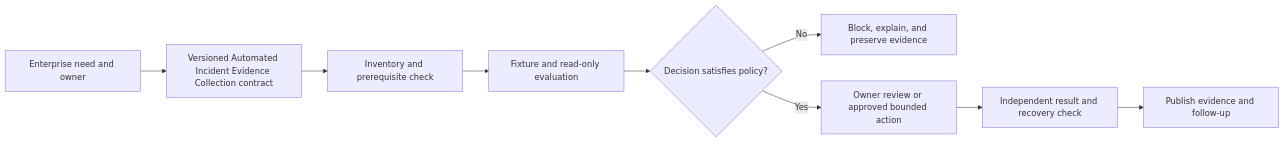
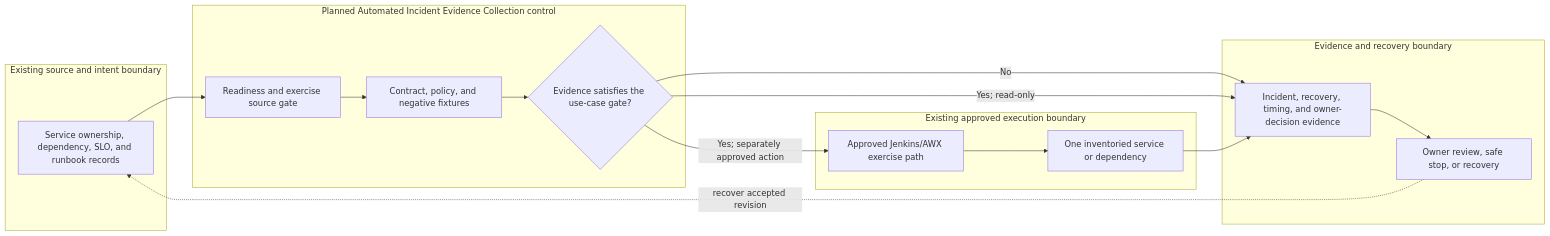
The diagram in docs/use-cases/resilience/UC-RSO-006-automated-incident-evidence-collection.md (MIDHTECH/enterprise-architecture-docs), drawn with Mermaid before and after one commit. The commit also changed other lines of this file and 227 other files, not shown here.

Commit message:
Deepen architecture for all use case designs

````diff
--- a/docs/use-cases/resilience/UC-RSO-006-automated-incident-evidence-collection.md
+++ b/docs/use-cases/resilience/UC-RSO-006-automated-incident-evidence-collection.md
@@ -136,11 +129,25 @@
 ```mermaid
 flowchart LR
-    Need["Enterprise need and owner"] --> Contract["Versioned Automated Incident Evidence Collection contract"]
-    Contract --> Preflight["Inventory and prerequisite check"]
-    Preflight --> Evaluate["Fixture and read-only evaluation"]
-    Evaluate --> Decision{"Decision satisfies policy?"}
-    Decision -->|No| Stop["Block, explain, and preserve evidence"]
-    Decision -->|Yes| Review["Owner review or approved bounded action"]
-    Review --> Verify["Independent result and recovery check"]
-    Verify --> Publish["Publish evidence and follow-up"]
+    subgraph Source["Existing source and intent boundary"]
+        A["Service ownership, dependency, SLO, and runbook records"]
+    end
+    subgraph Planned["Planned Automated Incident Evidence Collection control"]
+        B["Readiness and exercise source gate"]
+        C["Contract, policy, and negative fixtures"]
+        D{"Evidence satisfies the use-case gate?"}
+    end
+    subgraph Runtime["Existing approved execution boundary"]
+        E["Approved Jenkins/AWX exercise path"]
+        F["One inventoried service or dependency"]
+    end
+    subgraph Assurance["Evidence and recovery boundary"]
+        G["Incident, recovery, timing, and owner-decision evidence"]
+        H["Owner review, safe stop, or recovery"]
+    end
+
+    A --> B --> C --> D
+    D -->|No| G --> H
+    D -->|Yes; read-only| G
+    D -->|Yes; separately approved action| E --> F --> G
+    H -. recover accepted revision .-> A
 ```
````
